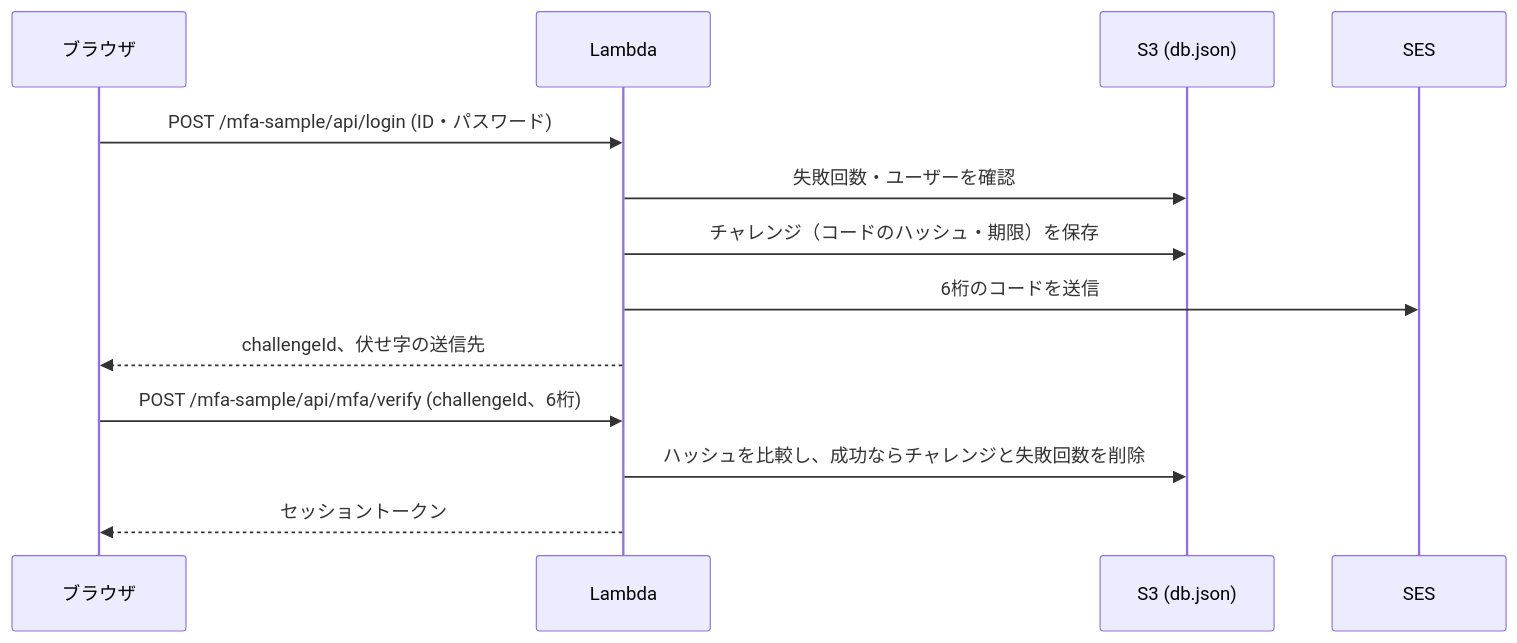
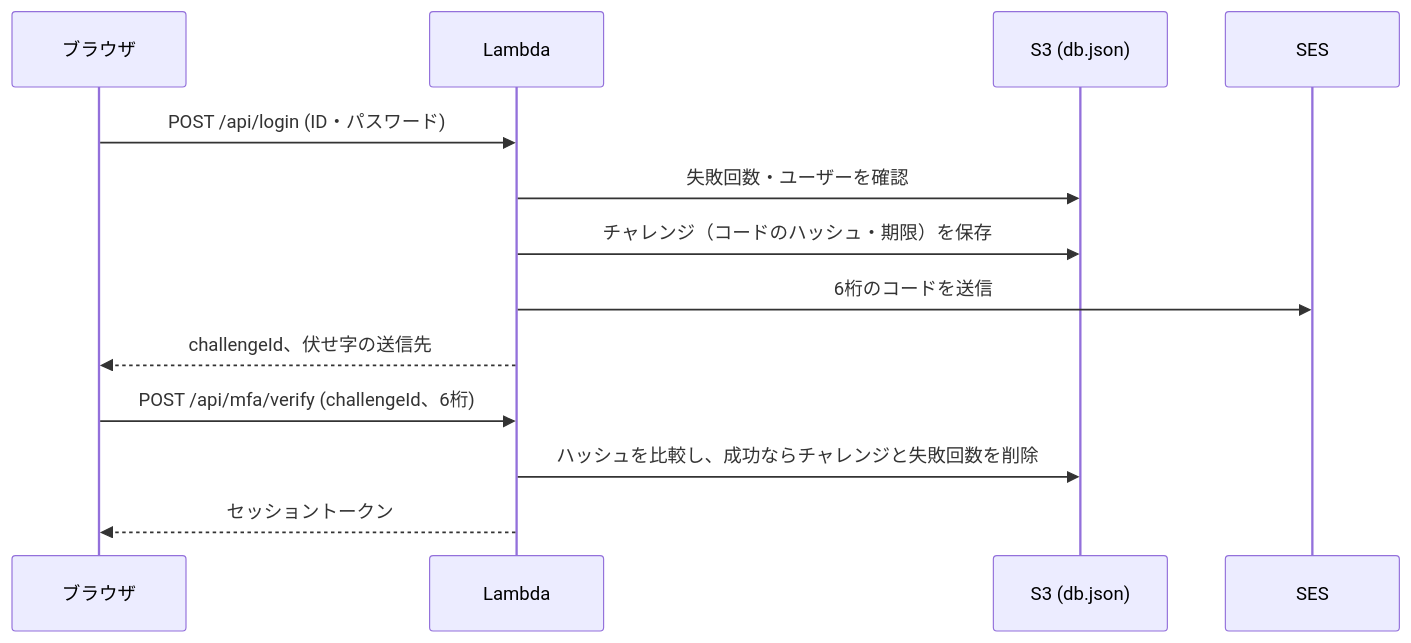
Before and after one commit to Tom-Panasonic/simple-mfa-sample: the third of 3 diagrams in docs/qiita-article.md, drawn with Mermaid. The commit also changed other lines of this file, not shown here.

Commit message:
Rewrite the Qiita article: new CloudFront in the diagram, drop setup and production sections

````diff
--- a/docs/qiita-article.md
+++ b/docs/qiita-article.md
@@ -146,15 +127,15 @@
 ```mermaid
 sequenceDiagram
   participant B as ブラウザ
   participant L as Lambda
   participant S as S3 (db.json)
   participant M as SES
-  B->>L: POST /mfa-sample/api/login (ID・パスワード)
+  B->>L: POST /api/login (ID・パスワード)
   L->>S: 失敗回数・ユーザーを確認
   L->>S: チャレンジ（コードのハッシュ・期限）を保存
   L->>M: 6桁のコードを送信
   L-->>B: challengeId、伏せ字の送信先
-  B->>L: POST /mfa-sample/api/mfa/verify (challengeId、6桁)
+  B->>L: POST /api/mfa/verify (challengeId、6桁)
   L->>S: ハッシュを比較し、成功ならチャレンジと失敗回数を削除
   L-->>B: セッショントークン
 ```
````
